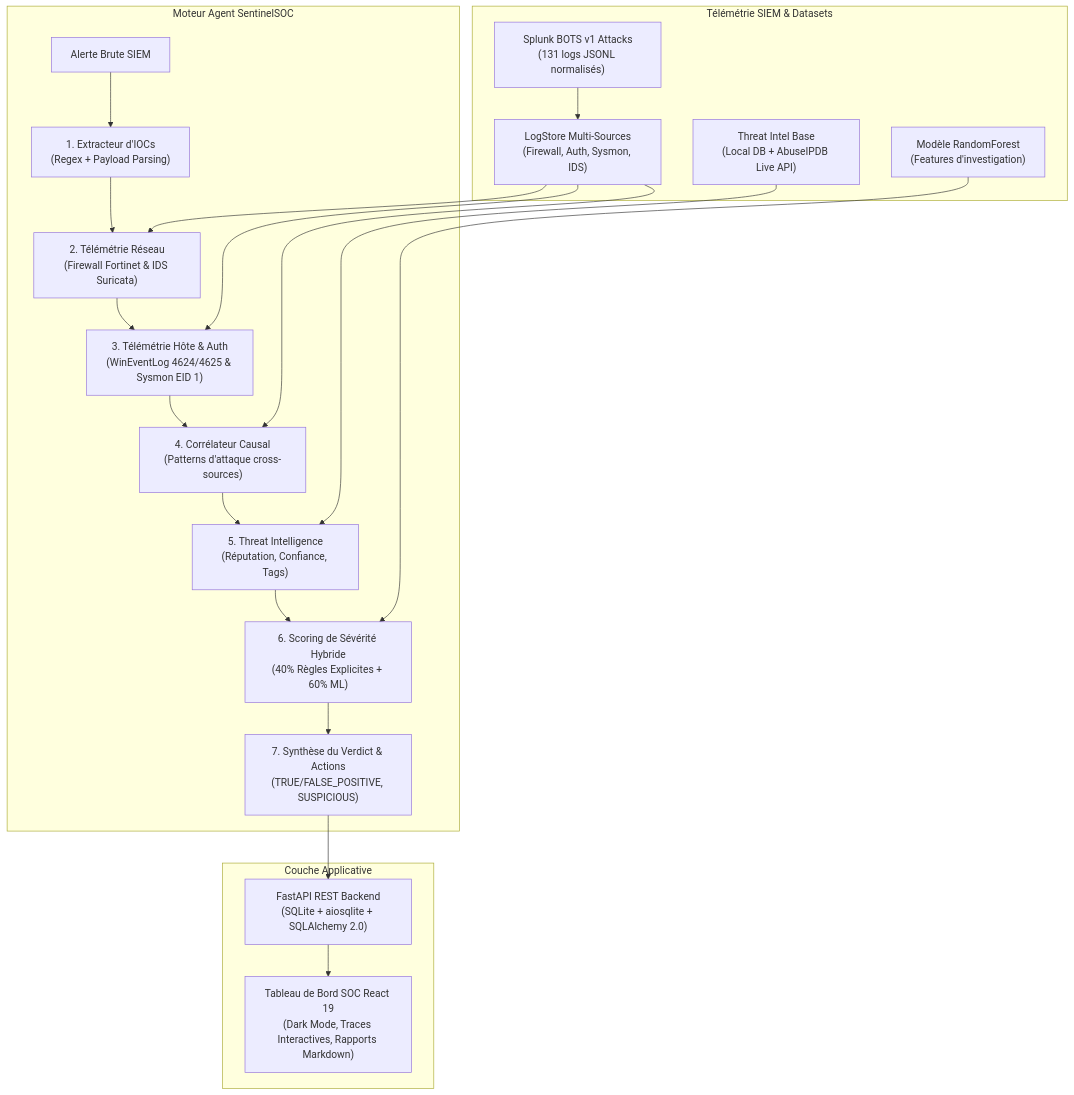
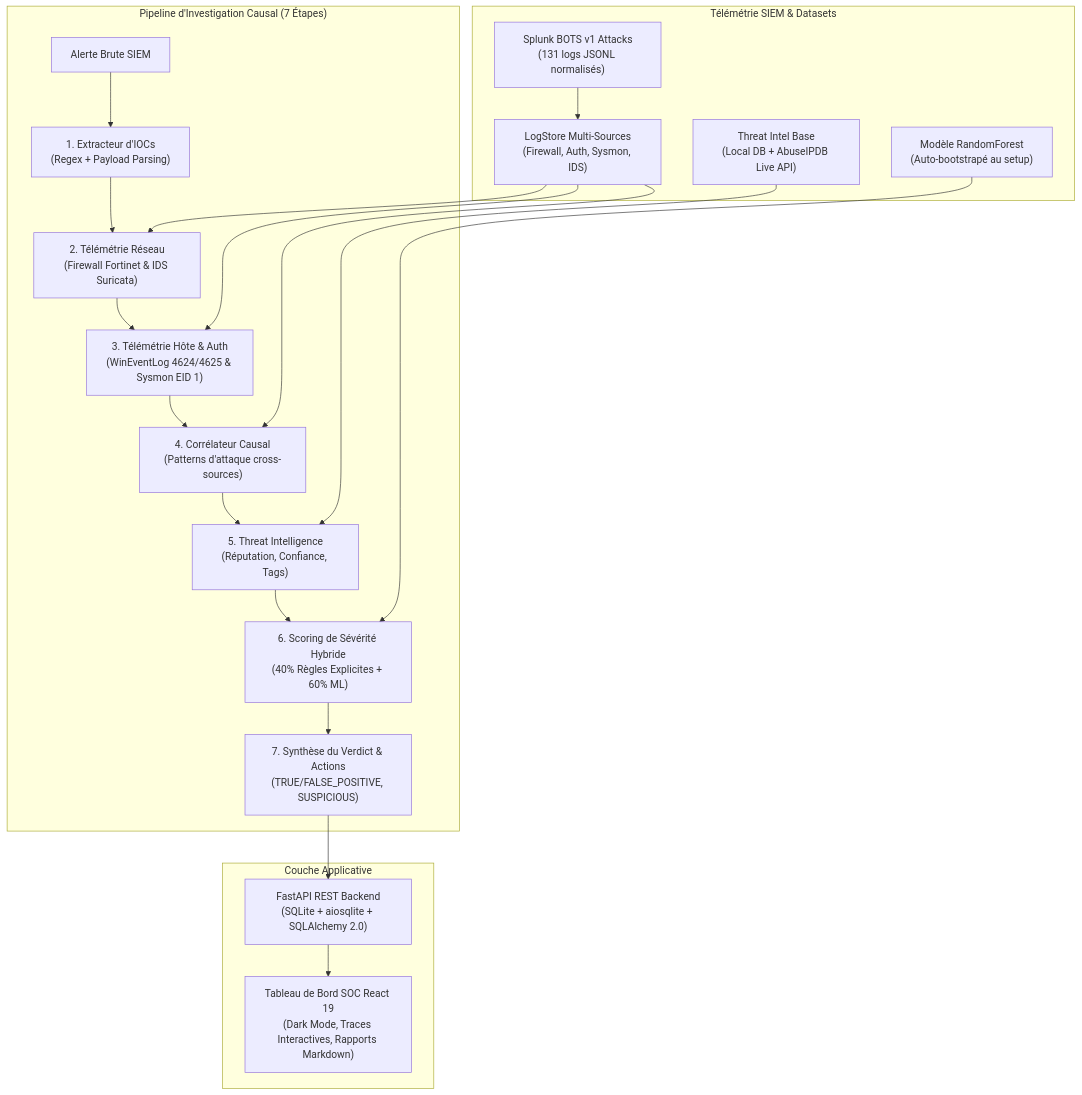
Before and after one commit to Kreesten-hsh/SentinelSOC: the diagram in README.md, drawn with Mermaid. The commit also changed other lines of this file and 12 other files, not shown here.

````diff
--- a/README.md
+++ b/README.md
@@ -29,29 +32,29 @@
 ```mermaid
 graph TB
     subgraph "Télémétrie SIEM & Datasets"
         A["Splunk BOTS v1 Attacks<br/>(131 logs JSONL normalisés)"] --> B["LogStore Multi-Sources<br/>(Firewall, Auth, Sysmon, IDS)"]
         C["Threat Intel Base<br/>(Local DB + AbuseIPDB Live API)"]
-        D["Modèle RandomForest<br/>(Features d'investigation)"]
+        D["Modèle RandomForest<br/>(Auto-bootstrapé au setup)"]
     end
 
-    subgraph "Moteur Agent SentinelSOC"
+    subgraph "Pipeline d'Investigation Causal (7 Étapes)"
         E["Alerte Brute SIEM"] --> S1["1. Extracteur d'IOCs<br/>(Regex + Payload Parsing)"]
         S1 --> S2["2. Télémétrie Réseau<br/>(Firewall Fortinet & IDS Suricata)"]
         S2 --> S3["3. Télémétrie Hôte & Auth<br/>(WinEventLog 4624/4625 & Sysmon EID 1)"]
         S3 --> S4["4. Corrélateur Causal<br/>(Patterns d'attaque cross-sources)"]
         S4 --> S5["5. Threat Intelligence<br/>(Réputation, Confiance, Tags)"]
         S5 --> S6["6. Scoring de Sévérité Hybride<br/>(40% Règles Explicites + 60% ML)"]
         S6 --> S7["7. Synthèse du Verdict & Actions<br/>(TRUE/FALSE_POSITIVE, SUSPICIOUS)"]
     end
 
     subgraph "Couche Applicative"
         S7 --> F["FastAPI REST Backend<br/>(SQLite + aiosqlite + SQLAlchemy 2.0)"]
         F --> G["Tableau de Bord SOC React 19<br/>(Dark Mode, Traces Interactives, Rapports Markdown)"]
     end
 
     B --> S2
     B --> S3
     B --> S4
     C --> S5
     D --> S6
 ```
````
